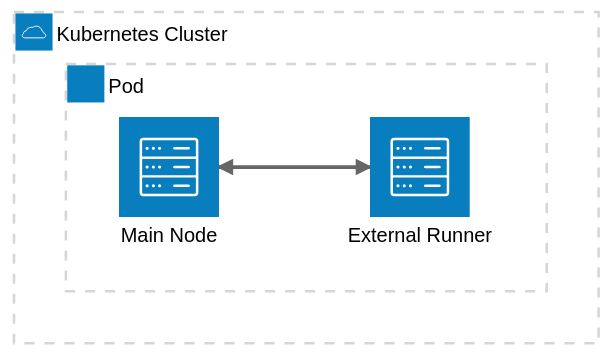
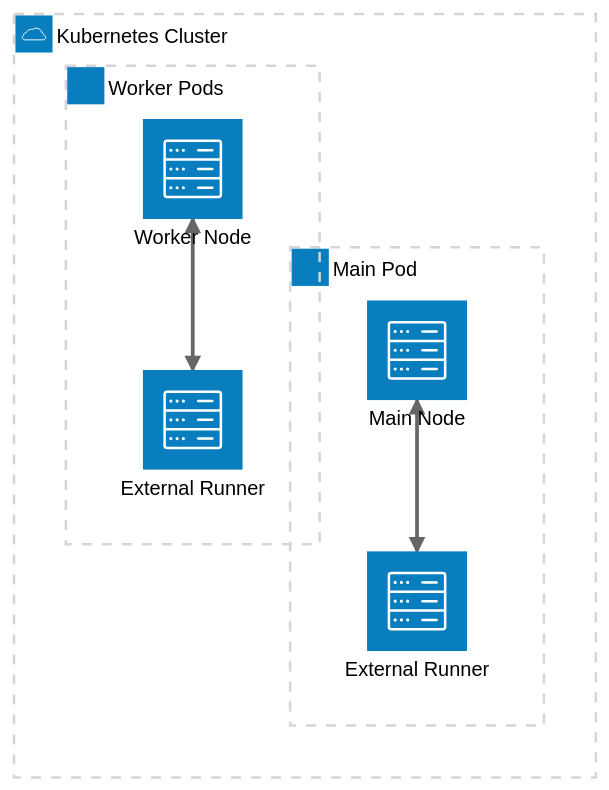
Before and after one commit to community-charts/community-charts.github.io: the third of 3 diagrams in docs/charts/n8n/usage.md, drawn with Mermaid (neutral theme).

Commit message:
Enchance external runner diagram for n8n chart

````diff
--- a/docs/charts/n8n/usage.md
+++ b/docs/charts/n8n/usage.md
@@ -291,10 +291,16 @@
 ```mermaid
 architecture-beta
   group k8s(cloud)[Kubernetes Cluster]
-  group pod(blank)[Pod] in k8s
 
-  service main(server)[Main Node] in pod
-  service runner(server)[External Runner] in pod
+  group mainpod(blank)[Main Pod] in k8s
+  service main(server)[Main Node] in mainpod
+  service mainrunner(server)[External Runner] in mainpod
 
-  main:R <--> L:runner
+  main:B <--> T:mainrunner
+
+  group workerpod(blank)[Worker Pods] in k8s
+  service worker(server)[Worker Node] in workerpod
+  service workerrunner(server)[External Runner] in workerpod
+
+  worker:B <--> T:workerrunner
 ```
````
